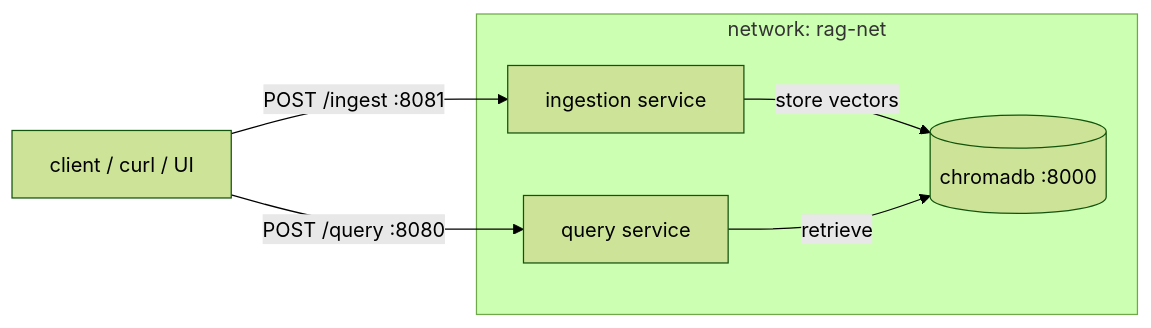
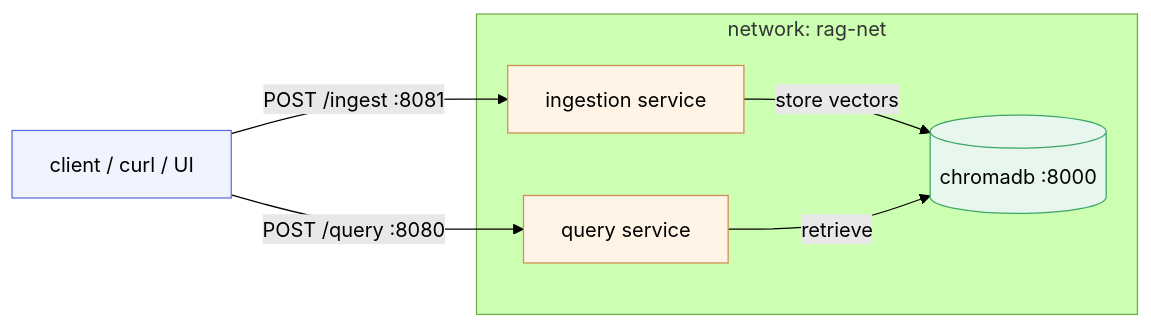
One commit to LinkedInLearning/docker-for-local-ai-app-development-build-lightweight-containerized-ai-applications-11189001 changed the diagram in chapter_4/l1/README.md. Above: the diagram before and after it, drawn with Mermaid (forest theme). The commit also changed 11 other files, not shown here.

Commit message:
unified the readmes diagrams

````diff
--- a/chapter_4/l1/README.md
+++ b/chapter_4/l1/README.md
@@ -43,12 +43,19 @@
 ```mermaid
 flowchart LR
     Client["client / curl / UI"] -->|POST /query :8080| Q["query service"]
     Client -->|POST /ingest :8081| I["ingestion service"]
     I -->|store vectors| DB[("chromadb :8000")]
     Q -->|retrieve| DB
     subgraph net["network: rag-net"]
       I
       Q
       DB
     end
+
+    classDef input fill:#f0f4ff,stroke:#5b6ee1,stroke-width:1px;
+    classDef process fill:#fff4e6,stroke:#d28b4f,stroke-width:1px;
+    classDef store fill:#e8f7ee,stroke:#3aa667,stroke-width:1px;
+    class Client input;
+    class I,Q process;
+    class DB store;
 ```
````
